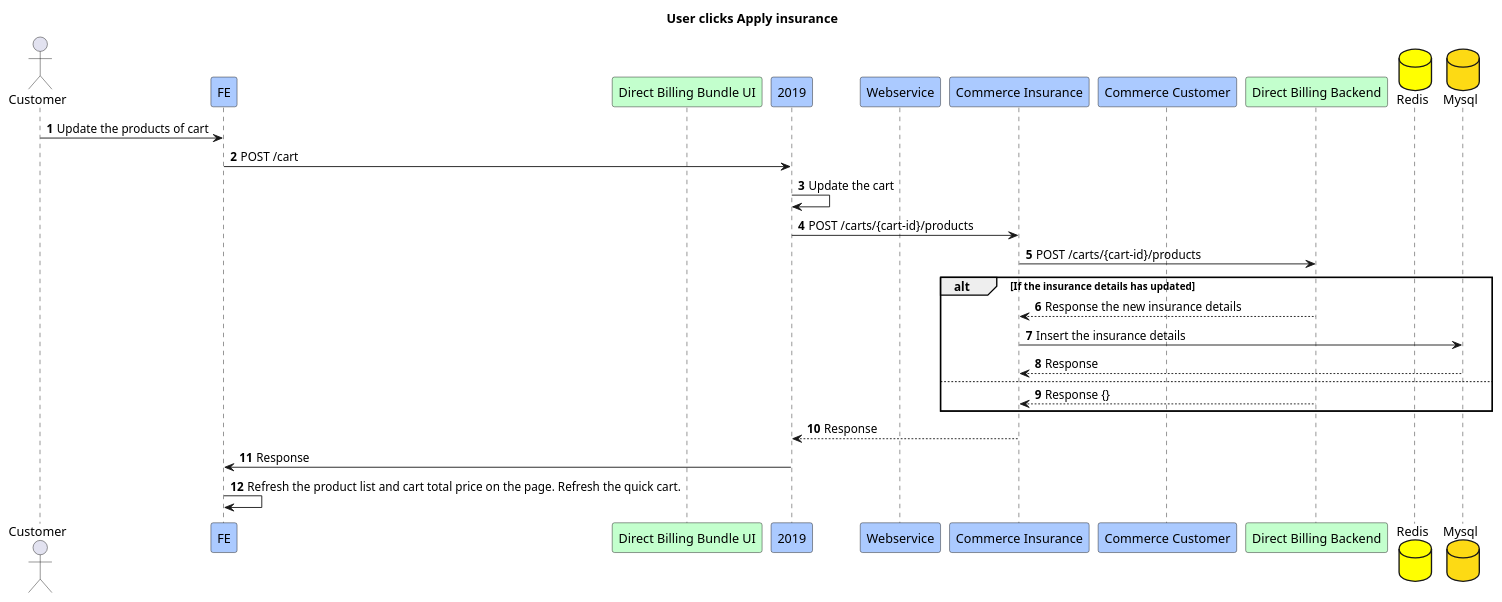
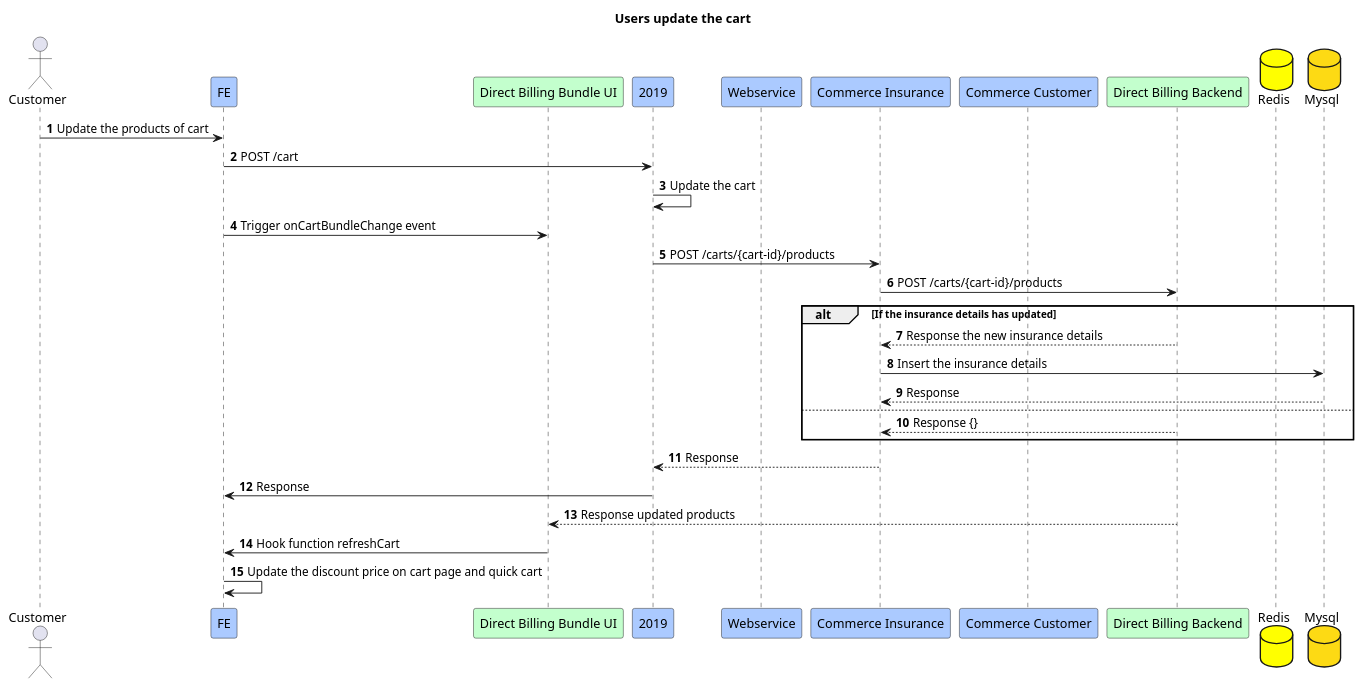
The diagram in 7.Customer update the cart.puml (Jayounger/EyeMed-Sequence-Diagram), drawn with PlantUML before and after one commit. The commit also changed 14 other files, not shown here.

Commit message:
update diagram

```diff
--- a/7.Customer update the cart.puml
+++ b/7.Customer update the cart.puml
@@ -1,31 +1,34 @@
 @startuml
-title User clicks Apply insurance
+title Users update the cart
 actor Customer
 participant FE #abcaff
 participant "Direct Billing Bundle UI" #c3ffcd
 participant "2019" #abcaff
 participant "Webservice" #abcaff
 participant "Commerce Insurance" #abcaff
 participant "Commerce Customer" #abcaff
 participant "Direct Billing Backend" #c3ffcd
 database "Redis" #yellow
 database "Mysql" #fdda14
 
 autonumber
 Customer -> FE:Update the products of cart
 FE -> 2019:POST /cart
 2019 -> 2019:Update the cart
+FE -> "Direct Billing Bundle UI":Trigger onCartBundleChange event
 2019 -> "Commerce Insurance":POST /carts/{cart-id}/products
 "Commerce Insurance" -> "Direct Billing Backend":POST /carts/{cart-id}/products
 alt If the insurance details has updated
     "Direct Billing Backend" --> "Commerce Insurance":Response the new insurance details
     "Commerce Insurance" -> "Mysql":Insert the insurance details
     "Mysql" --> "Commerce Insurance":Response
 else
     "Direct Billing Backend" --> "Commerce Insurance":Response {}
 end
 "Commerce Insurance" --> 2019:Response
 "2019" -> FE:Response
-FE -> FE:Refresh the product list and cart total price on the page. Refresh the quick cart.
+"Direct Billing Backend" --> "Direct Billing Bundle UI":Response updated products
+"Direct Billing Bundle UI" -> FE:Hook function refreshCart
+FE -> FE:Update the discount price on cart page and quick cart
 
 @enduml
```
